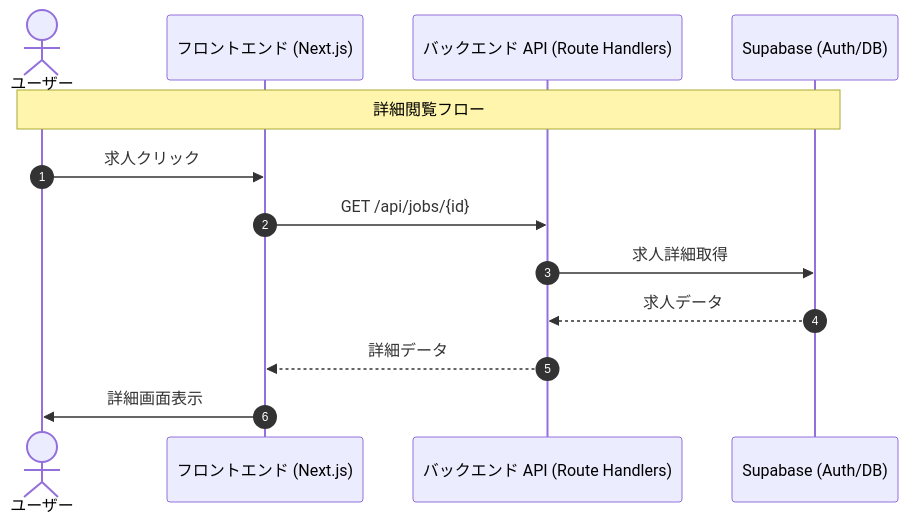
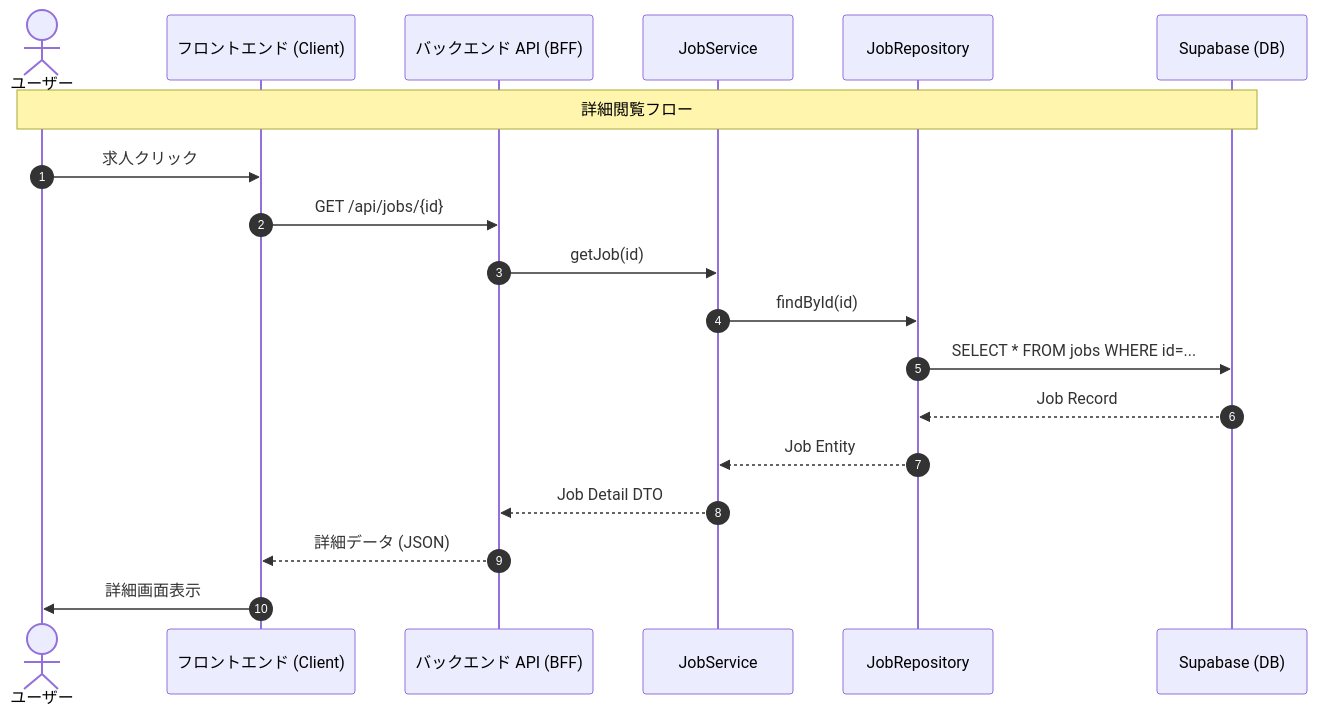
One commit to adgjmptwgw/job-scope changed the diagram in docs/detail-design/api/03-jobs.md. Above: the diagram before and after it, drawn with Mermaid. The commit also changed other lines of this file and 21 other files, not shown here.

````diff
--- a/docs/detail-design/api/03-jobs.md
+++ b/docs/detail-design/api/03-jobs.md
@@ -11,16 +41,22 @@
 ```mermaid
 sequenceDiagram
     autonumber
     actor User as ユーザー
-    participant Client as フロントエンド (Next.js)
-    participant API as バックエンド API (Route Handlers)
-    participant Supabase as Supabase (Auth/DB)
+    participant Client as フロントエンド (Client)
+    participant API as バックエンド API (BFF)
+    participant Service as JobService
+    participant Repo as JobRepository
+    participant Supabase as Supabase (DB)
 
     Note over User, Supabase: 詳細閲覧フロー
     User->>Client: 求人クリック
     Client->>API: GET /api/jobs/{id}
-    API->>Supabase: 求人詳細取得
-    Supabase-->>API: 求人データ
-    API-->>Client: 詳細データ
+    API->>Service: getJob(id)
+    Service->>Repo: findById(id)
+    Repo->>Supabase: SELECT * FROM jobs WHERE id=...
+    Supabase-->>Repo: Job Record
+    Repo-->>Service: Job Entity
+    Service-->>API: Job Detail DTO
+    API-->>Client: 詳細データ (JSON)
     Client->>User: 詳細画面表示
 ```
````
